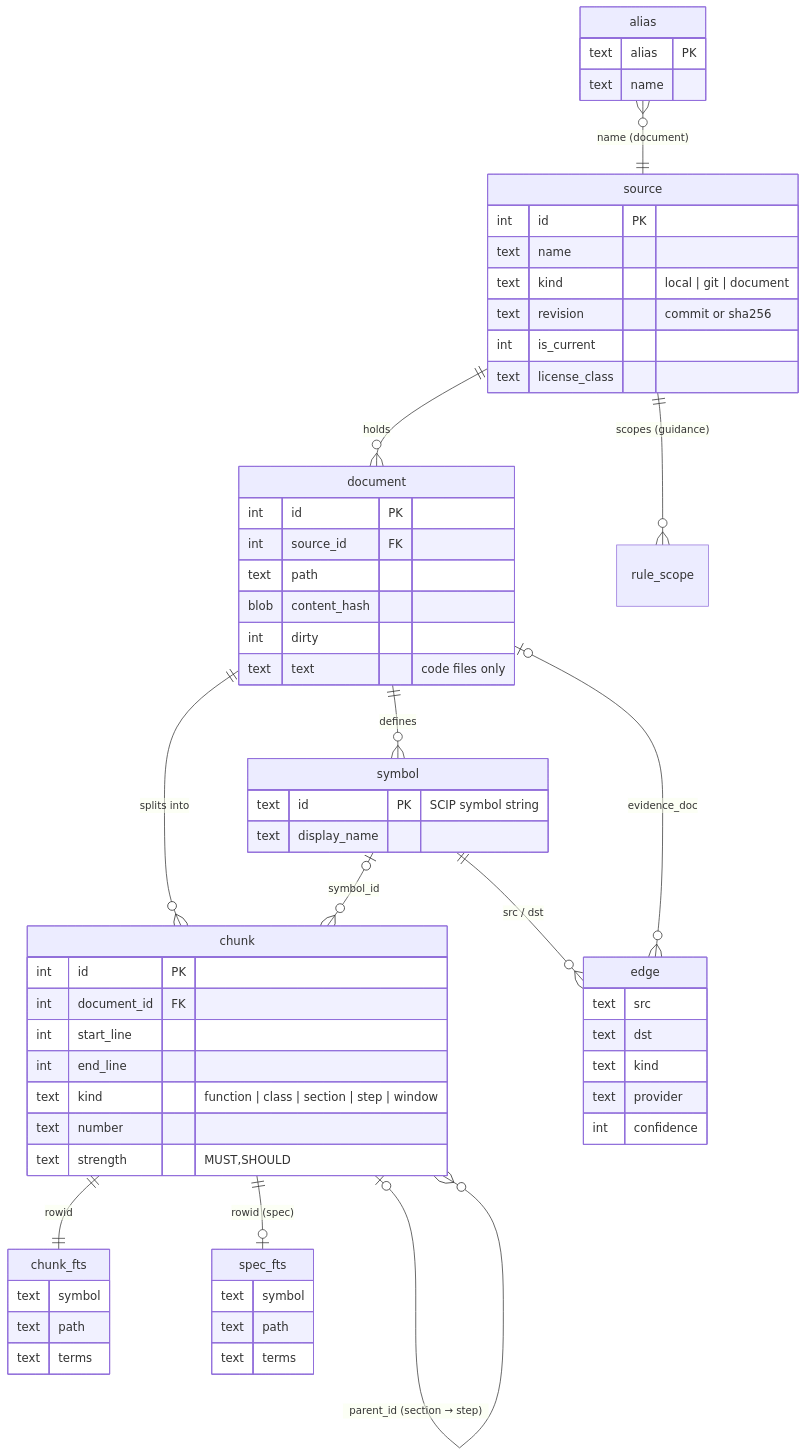
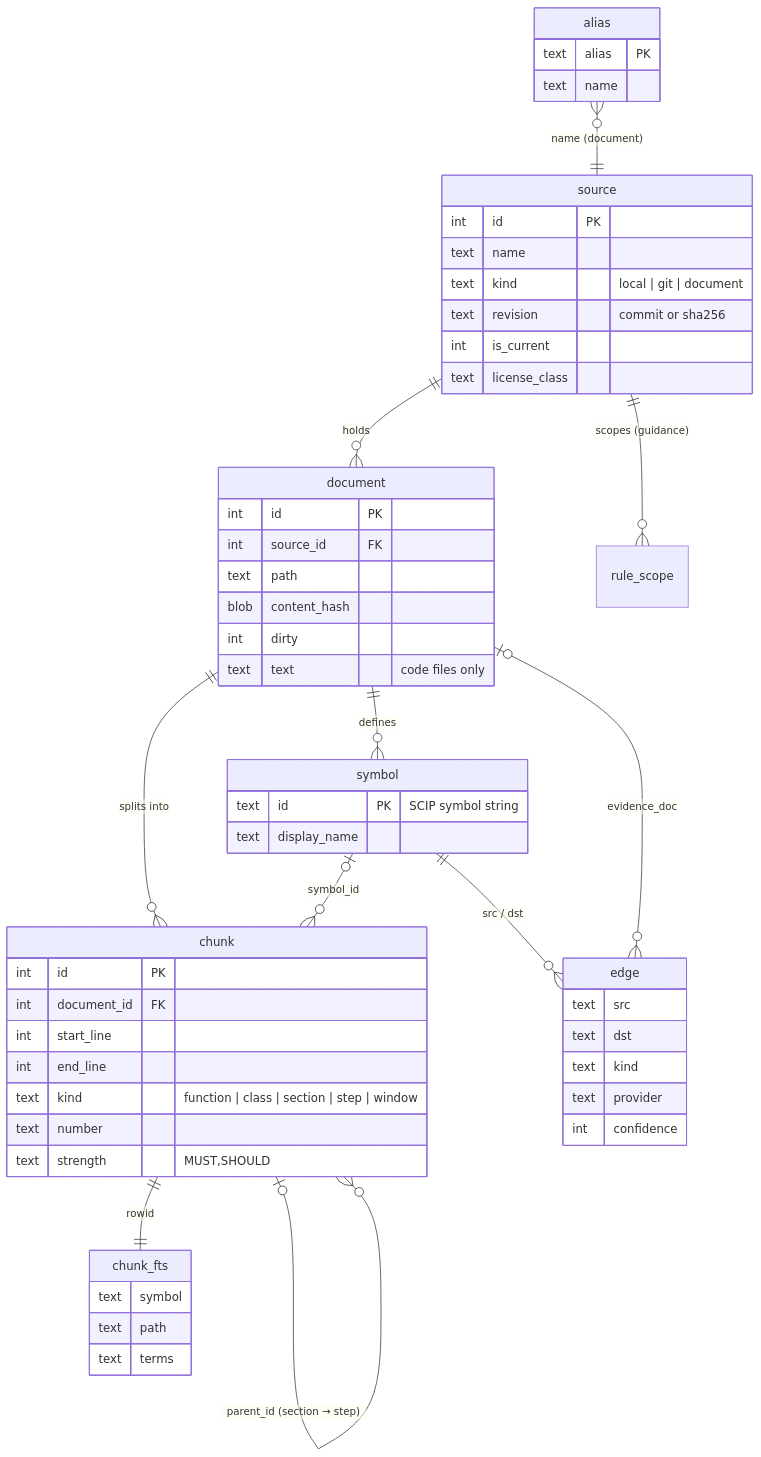
The fifth of 5 diagrams in docs/design.md (jamescrowley321/codecite), drawn with Mermaid before and after one commit. The commit also changed other lines of this file and 1 other file, not shown here.

````diff
--- a/docs/design.md
+++ b/docs/design.md
@@ -225,64 +219,58 @@
 ```mermaid
 erDiagram
   source ||--o{ document : "holds"
   document ||--o{ chunk : "splits into"
   document ||--o{ symbol : "defines"
   chunk |o--o{ chunk : "parent_id (section → step)"
   symbol |o--o{ chunk : "symbol_id"
   chunk ||--|| chunk_fts : "rowid"
-  chunk ||--o| spec_fts : "rowid (spec)"
   symbol ||--o{ edge : "src / dst"
   document |o--o{ edge : "evidence_doc"
   alias }o--|| source : "name (document)"
   source ||--o{ rule_scope : "scopes (guidance)"
   source {
     int id PK
     text name
     text kind "local | git | document"
     text revision "commit or sha256"
     int is_current
     text license_class
   }
   document {
     int id PK
     int source_id FK
     text path
     blob content_hash
     int dirty
     text text "code files only"
   }
   chunk {
     int id PK
     int document_id FK
     int start_line
     int end_line
     text kind "function | class | section | step | window"
     text number
     text strength "MUST,SHOULD"
   }
   symbol {
     text id PK "SCIP symbol string"
     text display_name
   }
   edge {
     text src
     text dst
     text kind
     text provider
     int confidence
   }
   alias {
     text alias PK
     text name
   }
   chunk_fts {
     text symbol
     text path
     text terms
   }
-  spec_fts {
-    text symbol
-    text path
-    text terms
-  }
 ```
````
